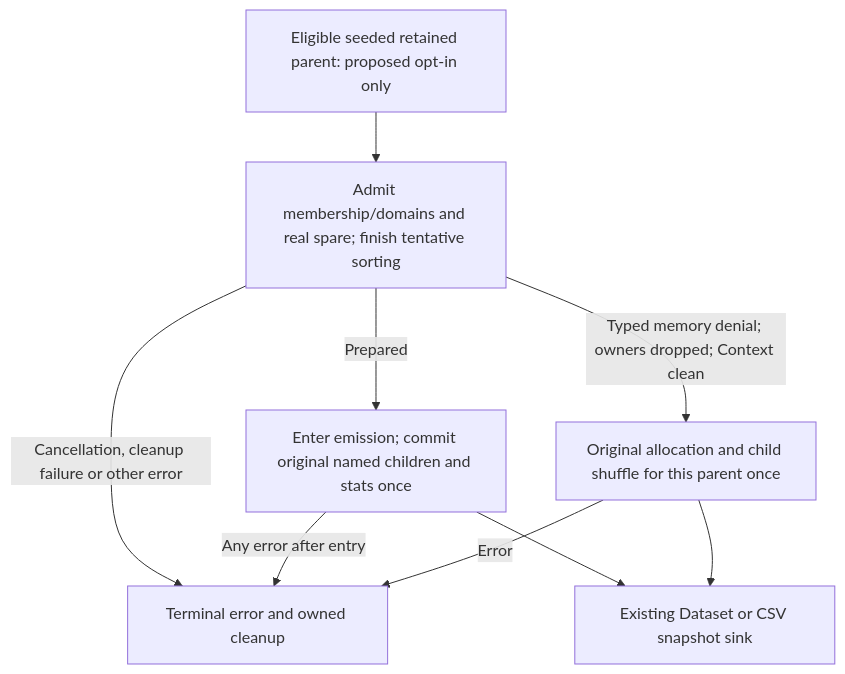
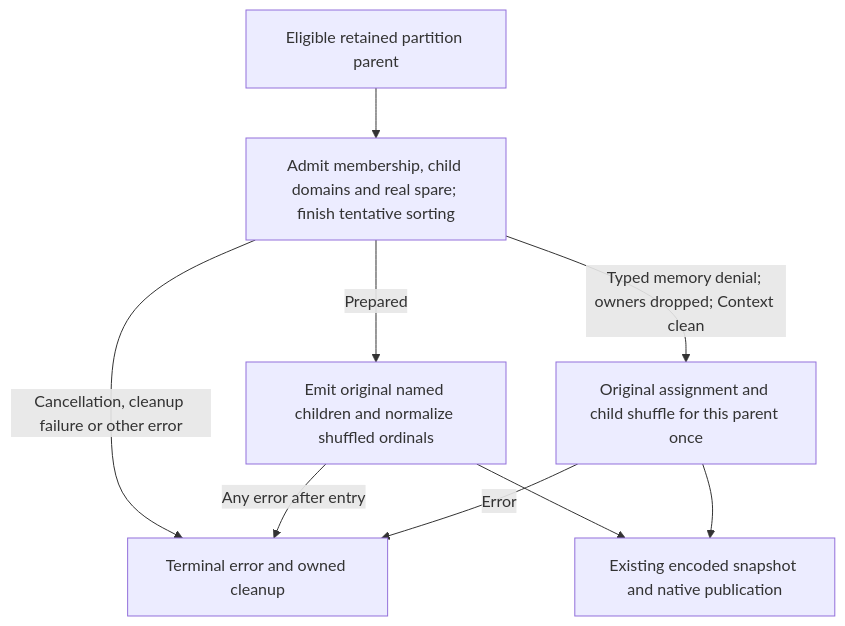
Before and after one commit to jsmatfess/chopper: the tenth of 14 diagrams in docs/execution-decisions.md, drawn with Mermaid. The commit also changed other lines of this file and 75 other files, not shown here.

````diff
--- a/docs/execution-decisions.md
+++ b/docs/execution-decisions.md
@@ -405,11 +506,11 @@
 ```mermaid
 flowchart TD
-    P[Eligible seeded retained parent: proposed opt-in only] --> Prepare[Admit membership/domains and real spare; finish tentative sorting]
-    Prepare -->|Prepared| Emit[Enter emission; commit original named children and stats once]
-    Prepare -->|Typed memory denial; owners dropped; Context clean| Original[Original allocation and child shuffle for this parent once]
+    P[Eligible retained partition parent] --> Prepare[Admit membership, child domains and real spare; finish tentative sorting]
+    Prepare -->|Prepared| Emit[Emit original named children and normalize shuffled ordinals]
+    Prepare -->|Typed memory denial; owners dropped; Context clean| Original[Original assignment and child shuffle for this parent once]
     Prepare -->|Cancellation, cleanup failure or other error| Fail[Terminal error and owned cleanup]
     Emit -->|Any error after entry| Fail
     Original -->|Error| Fail
-    Emit --> Output[Existing Dataset or CSV snapshot sink]
+    Emit --> Output[Existing encoded snapshot and native publication]
     Original --> Output
 ```
````
